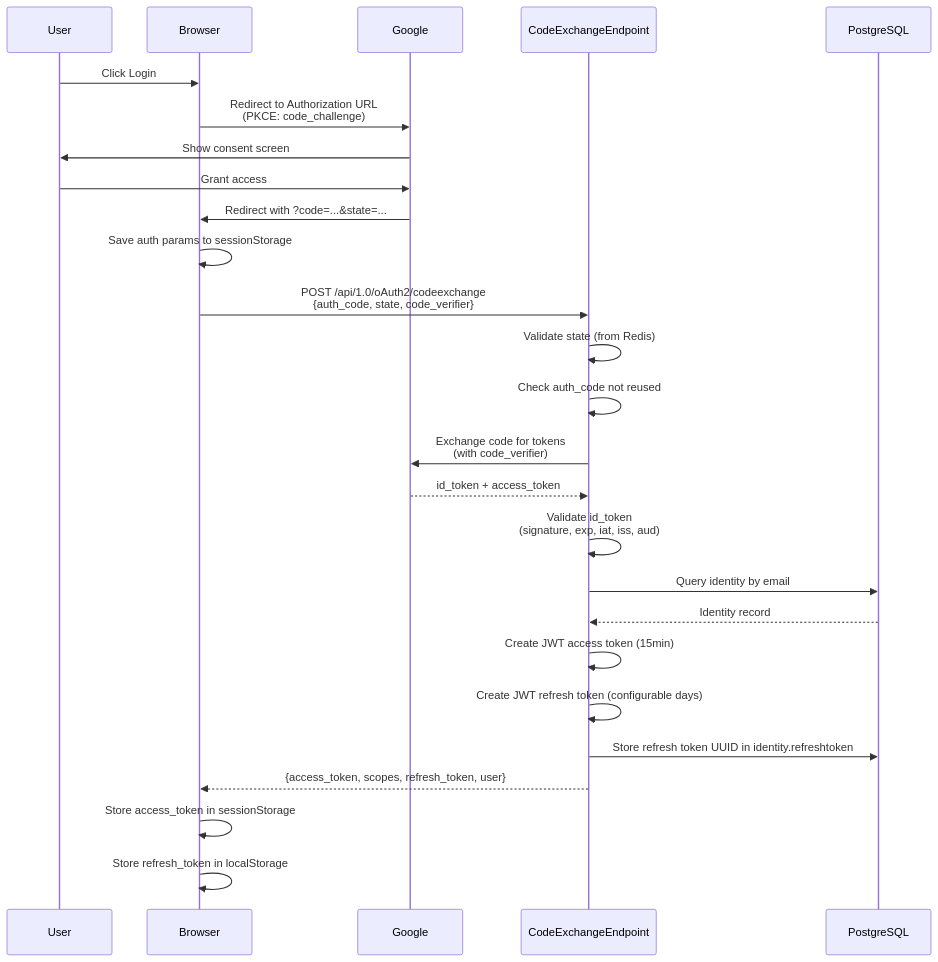
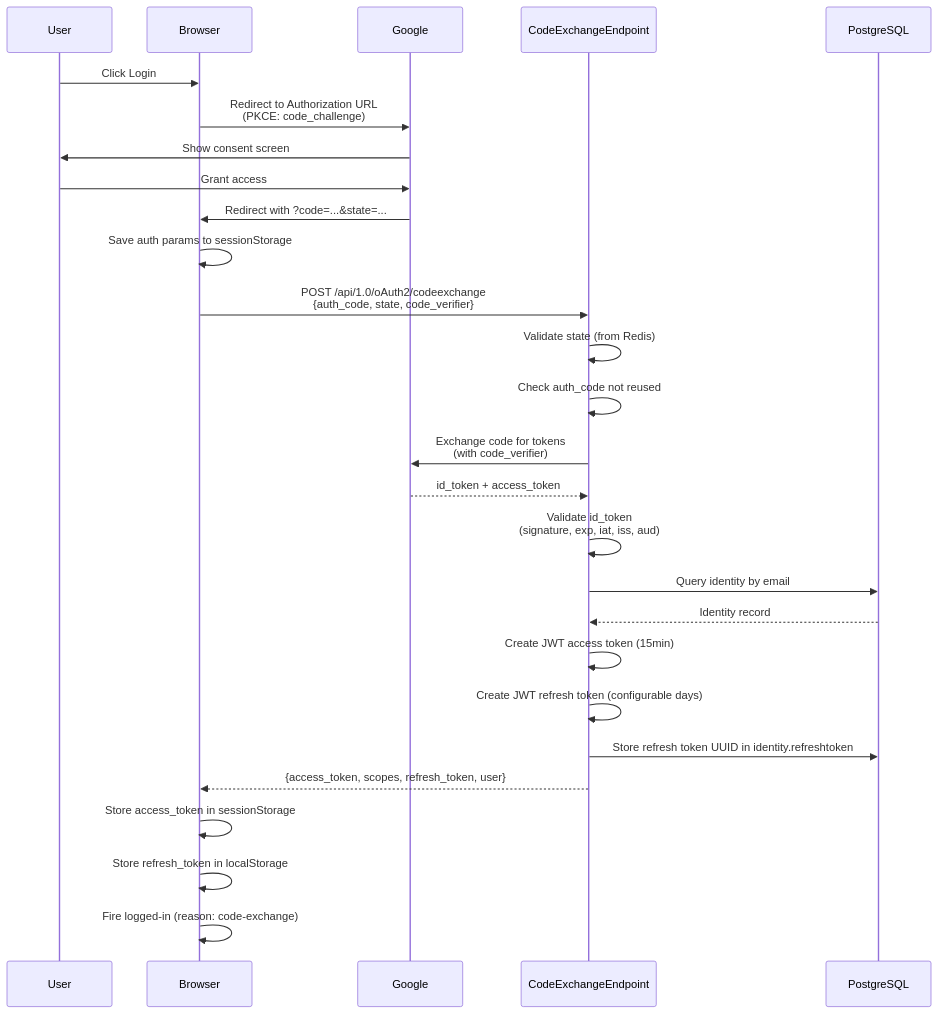
One commit to DavidWalther/PageHost changed the second of 5 diagrams in doc/authentication.md. Above: the diagram before and after it, drawn with Mermaid. The commit also changed other lines of this file and 1 other file, not shown here.

````diff
--- a/doc/authentication.md
+++ b/doc/authentication.md
@@ -58,32 +58,33 @@
 ```mermaid
 sequenceDiagram
     participant User
     participant Browser
     participant Google
     participant Server as CodeExchangeEndpoint
     participant DB as PostgreSQL
 
     User->>Browser: Click Login
     Browser->>Google: Redirect to Authorization URL<br/>(PKCE: code_challenge)
     Google->>User: Show consent screen
     User->>Google: Grant access
     Google->>Browser: Redirect with ?code=...&state=...
     Browser->>Browser: Save auth params to sessionStorage
     Browser->>Server: POST /api/1.0/oAuth2/codeexchange<br/>{auth_code, state, code_verifier}
 
     Server->>Server: Validate state (from Redis)
     Server->>Server: Check auth_code not reused
     Server->>Google: Exchange code for tokens<br/>(with code_verifier)
     Google-->>Server: id_token + access_token
     Server->>Server: Validate id_token<br/>(signature, exp, iat, iss, aud)
     Server->>DB: Query identity by email
     DB-->>Server: Identity record
 
     Server->>Server: Create JWT access token (15min)
     Server->>Server: Create JWT refresh token (configurable days)
     Server->>DB: Store refresh token UUID in identity.refreshtoken
     Server-->>Browser: {access_token, scopes, refresh_token, user}
 
     Browser->>Browser: Store access_token in sessionStorage
     Browser->>Browser: Store refresh_token in localStorage
+    Browser->>Browser: Fire logged-in (reason: code-exchange)
 ```
````
